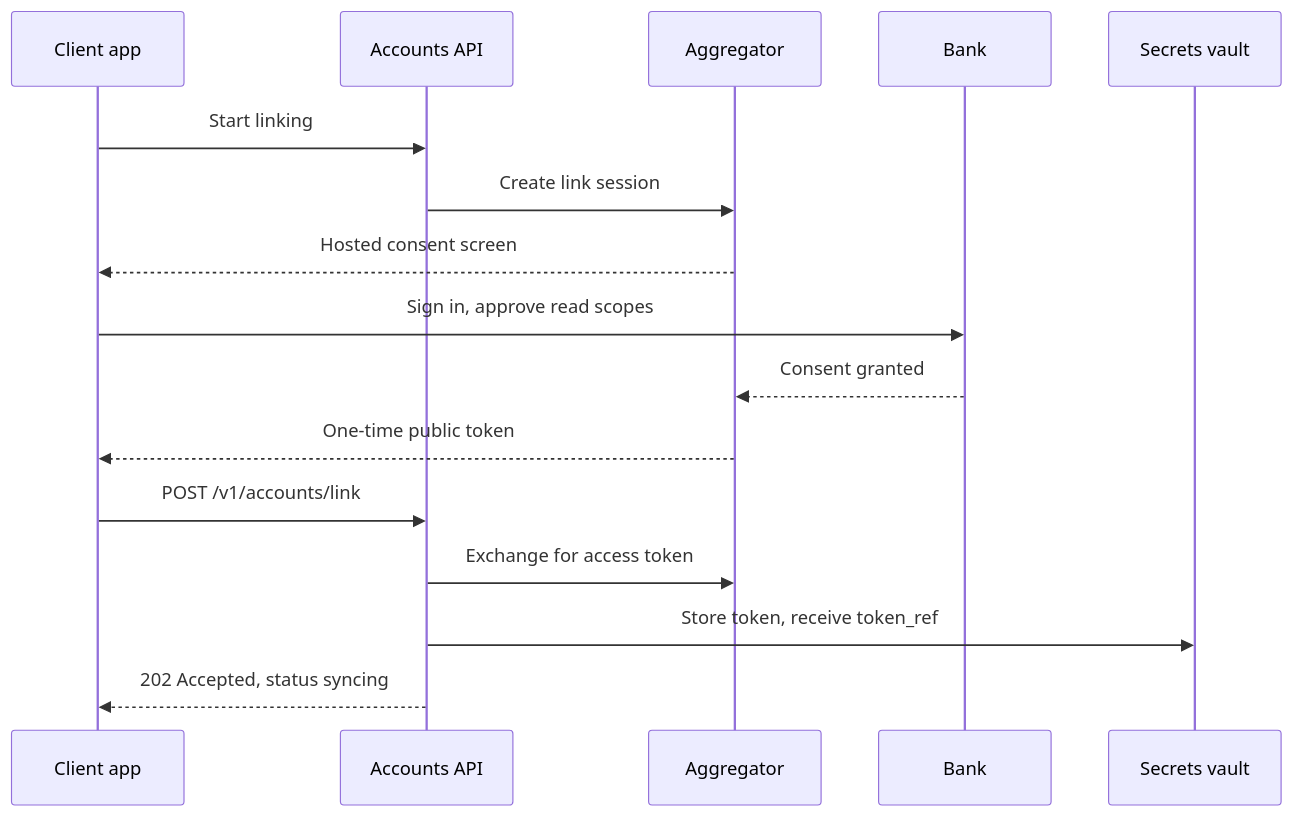
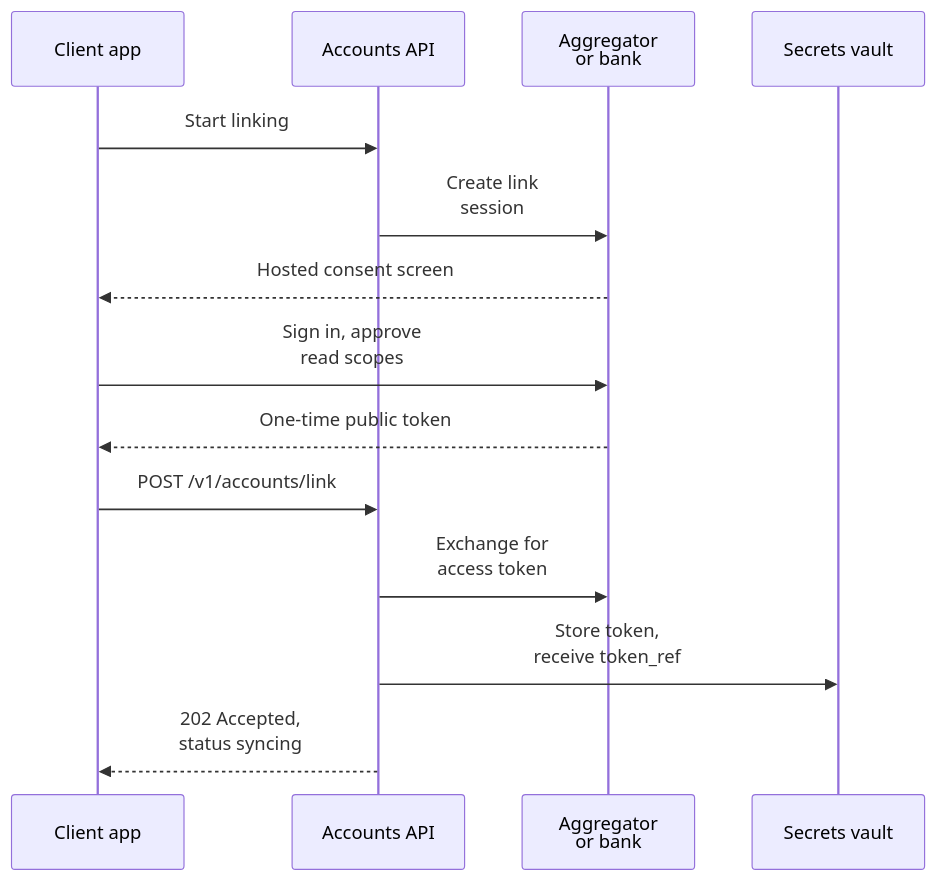
One commit to butyavk/system-design changed the second of 3 diagrams in src/content/docs/practice/personal-finance-mint.mdx. Above: the diagram before and after it, drawn with Mermaid. The commit also changed other lines of this file and 144 other files, not shown here.

````diff
--- a/src/content/docs/practice/personal-finance-mint.mdx
+++ b/src/content/docs/practice/personal-finance-mint.mdx
@@ -108,18 +108,16 @@
 ```mermaid
 sequenceDiagram
   participant U as Client app
   participant A as Accounts API
-  participant P as Aggregator
-  participant B as Bank
+  participant P as Aggregator<br/>or bank
   participant V as Secrets vault
   U->>A: Start linking
-  A->>P: Create link session
+  A->>P: Create link<br/>session
   P-->>U: Hosted consent screen
-  U->>B: Sign in, approve read scopes
-  B-->>P: Consent granted
+  U->>P: Sign in, approve<br/>read scopes
   P-->>U: One-time public token
   U->>A: POST /v1/accounts/link
-  A->>P: Exchange for access token
-  A->>V: Store token, receive token_ref
-  A-->>U: 202 Accepted, status syncing
+  A->>P: Exchange for<br/>access token
+  A->>V: Store token,<br/>receive token_ref
+  A-->>U: 202 Accepted,<br/>status syncing
 ```
````
